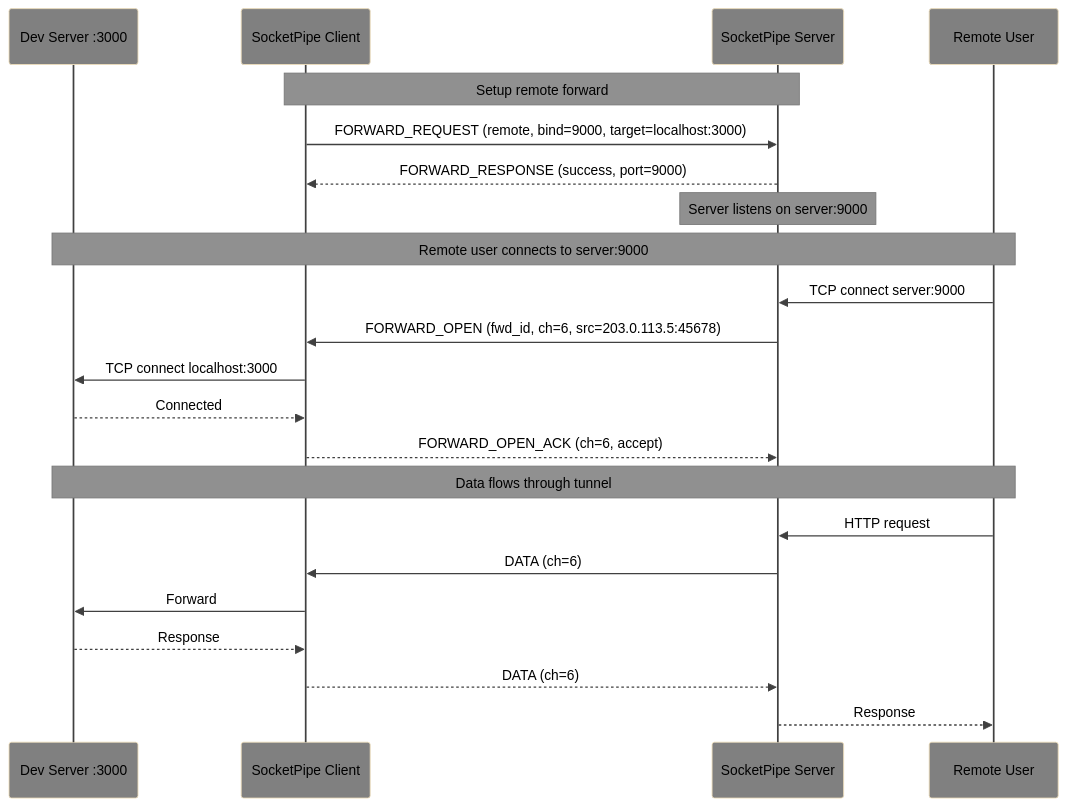
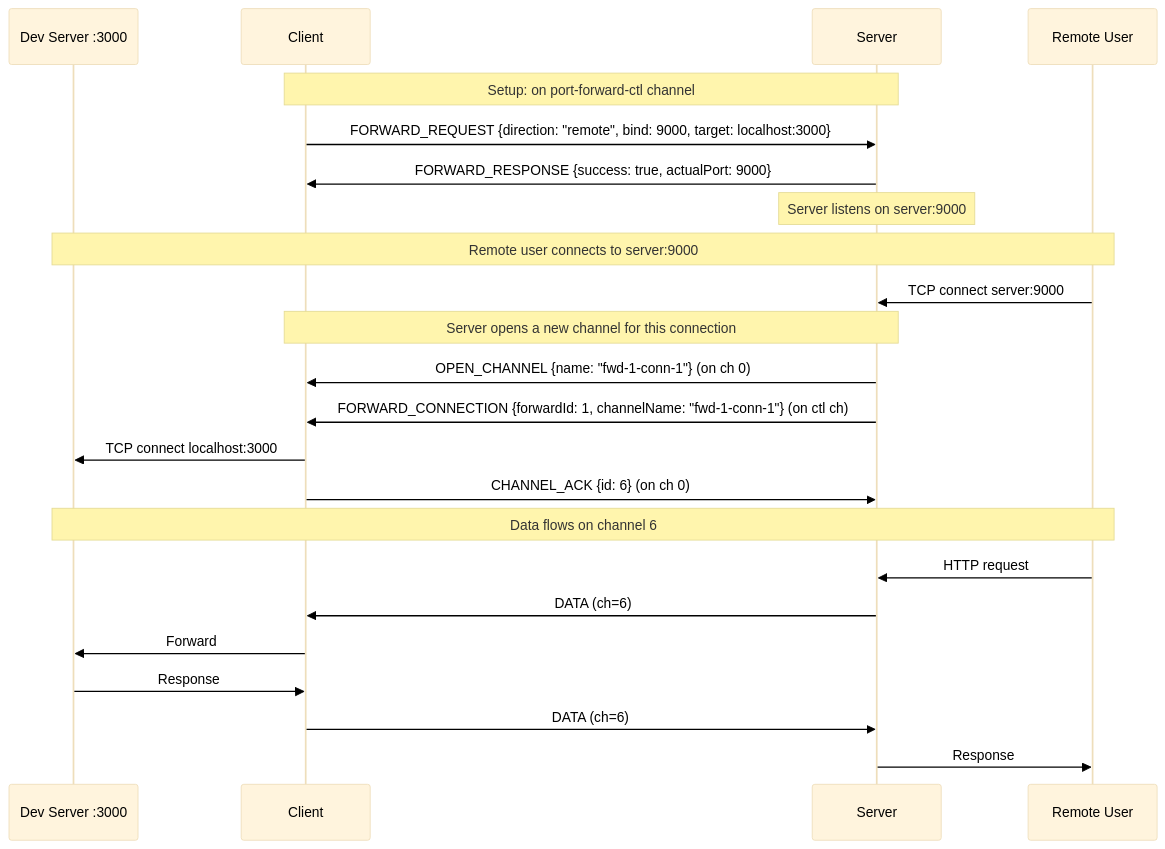
One commit to deftai/xumux changed the sixth of 6 diagrams in docs/ext-port-forwarding.md. Above: the diagram before and after it, drawn with Mermaid. The commit also changed other lines of this file and 6 other files, not shown here.

````diff
--- a/docs/ext-port-forwarding.md
+++ b/docs/ext-port-forwarding.md
@@ -160,29 +174,29 @@
 ```mermaid
-%%{init: {'theme': 'base', 'themeVariables': {'primaryTextColor': '#000000', 'secondaryTextColor': '#000000', 'tertiaryTextColor': '#000000', 'noteBkgColor': '#909090', 'noteTextColor': '#000000', 'actorBkg': '#808080', 'actorTextColor': '#000000', 'actorLineColor': '#404040', 'signalColor': '#404040'}}}%%
+%%{init: {'theme': 'base', 'themeVariables': {'primaryTextColor': '#000', 'lineColor': '#333'}}}%%
 sequenceDiagram
     participant D as Dev Server :3000
-    participant C as SocketPipe Client
-    participant S as SocketPipe Server
+    participant C as Client
+    participant S as Server
     participant R as Remote User
 
-    Note over C,S: Setup remote forward
-    C->>S: FORWARD_REQUEST (remote, bind=9000, target=localhost:3000)
-    S-->>C: FORWARD_RESPONSE (success, port=9000)
-    
+    Note over C,S: Setup: on port-forward-ctl channel
+    C->>S: FORWARD_REQUEST {direction: "remote", bind: 9000, target: localhost:3000}
+    S->>C: FORWARD_RESPONSE {success: true, actualPort: 9000}
     Note over S: Server listens on server:9000
-    
+
     Note over R,D: Remote user connects to server:9000
     R->>S: TCP connect server:9000
-    S->>C: FORWARD_OPEN (fwd_id, ch=6, src=203.0.113.5:45678)
+    Note over C,S: Server opens a new channel for this connection
+    S->>C: OPEN_CHANNEL {name: "fwd-1-conn-1"} (on ch 0)
+    S->>C: FORWARD_CONNECTION {forwardId: 1, channelName: "fwd-1-conn-1"} (on ctl ch)
     C->>D: TCP connect localhost:3000
-    D-->>C: Connected
-    C-->>S: FORWARD_OPEN_ACK (ch=6, accept)
-    
-    Note over R,D: Data flows through tunnel
+    C->>S: CHANNEL_ACK {id: 6} (on ch 0)
+
+    Note over R,D: Data flows on channel 6
     R->>S: HTTP request
     S->>C: DATA (ch=6)
     C->>D: Forward
-    D-->>C: Response
-    C-->>S: DATA (ch=6)
-    S-->>R: Response
+    D->>C: Response
+    C->>S: DATA (ch=6)
+    S->>R: Response
 ```
````
